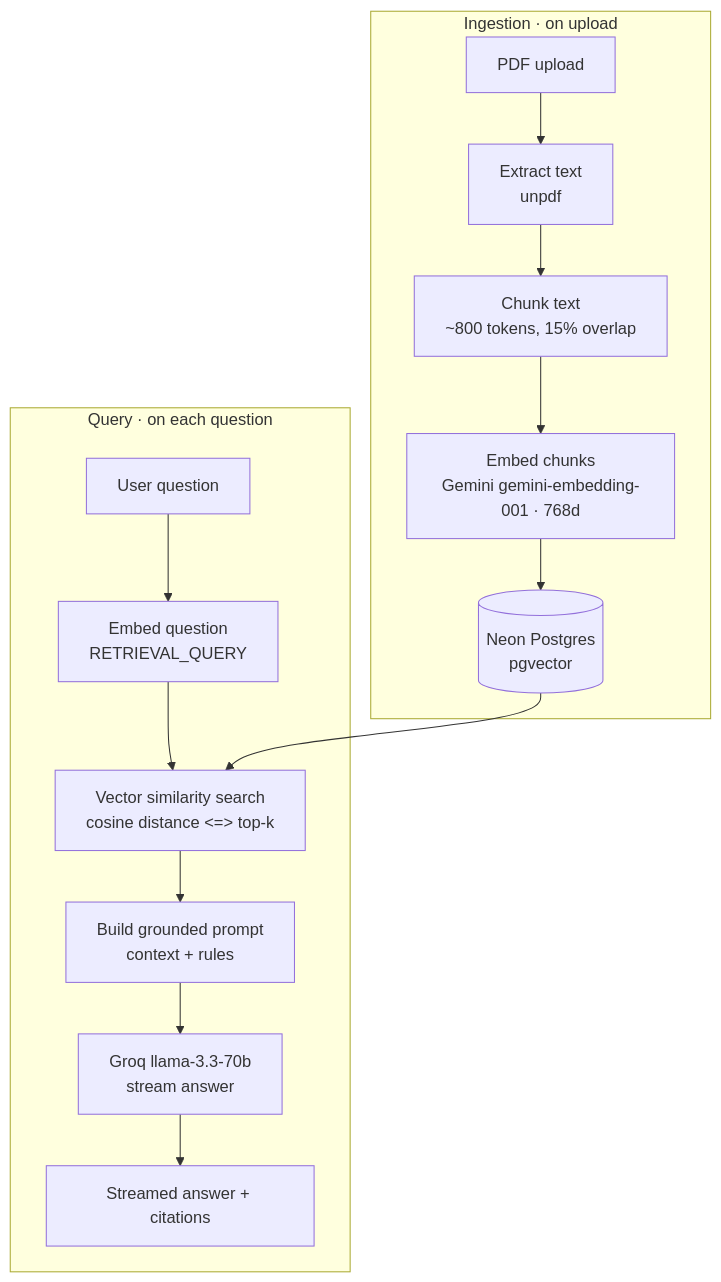
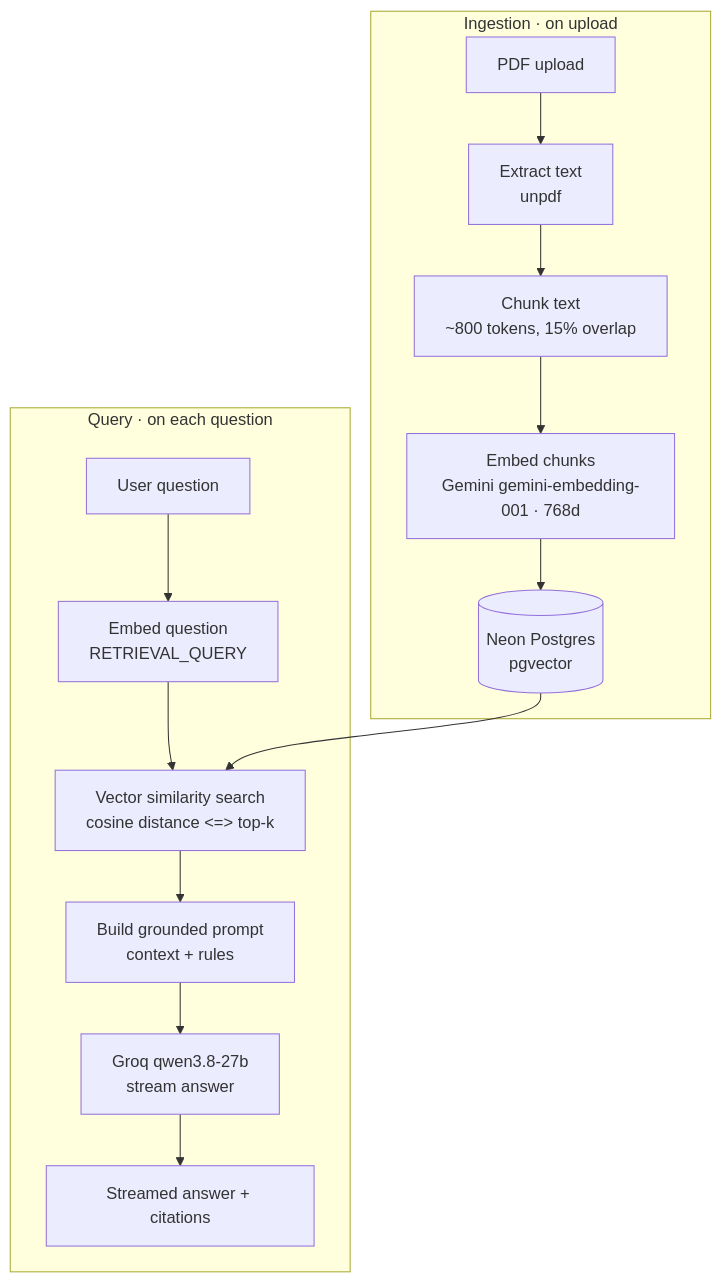
One commit to mepulkitbhatia/docchat changed the diagram in README.md. Above: the diagram before and after it, drawn with Mermaid. The commit also changed other lines of this file and 1 other file, not shown here.

````diff
--- a/README.md
+++ b/README.md
@@ -20,18 +25,18 @@
 ```mermaid
 flowchart TD
     subgraph Ingestion [Ingestion · on upload]
         A[PDF upload] --> B[Extract text<br/>unpdf]
         B --> C[Chunk text<br/>~800 tokens, 15% overlap]
         C --> D[Embed chunks<br/>Gemini gemini-embedding-001 · 768d]
         D --> E[(Neon Postgres<br/>pgvector)]
     end
 
     subgraph Query [Query · on each question]
         Q[User question] --> R[Embed question<br/>RETRIEVAL_QUERY]
         R --> S[Vector similarity search<br/>cosine distance &lt;=&gt; top-k]
         E --> S
         S --> T[Build grounded prompt<br/>context + rules]
-        T --> U[Groq llama-3.3-70b<br/>stream answer]
+        T --> U[Groq qwen3.8-27b<br/>stream answer]
         U --> V[Streamed answer + citations]
     end
 ```
````
